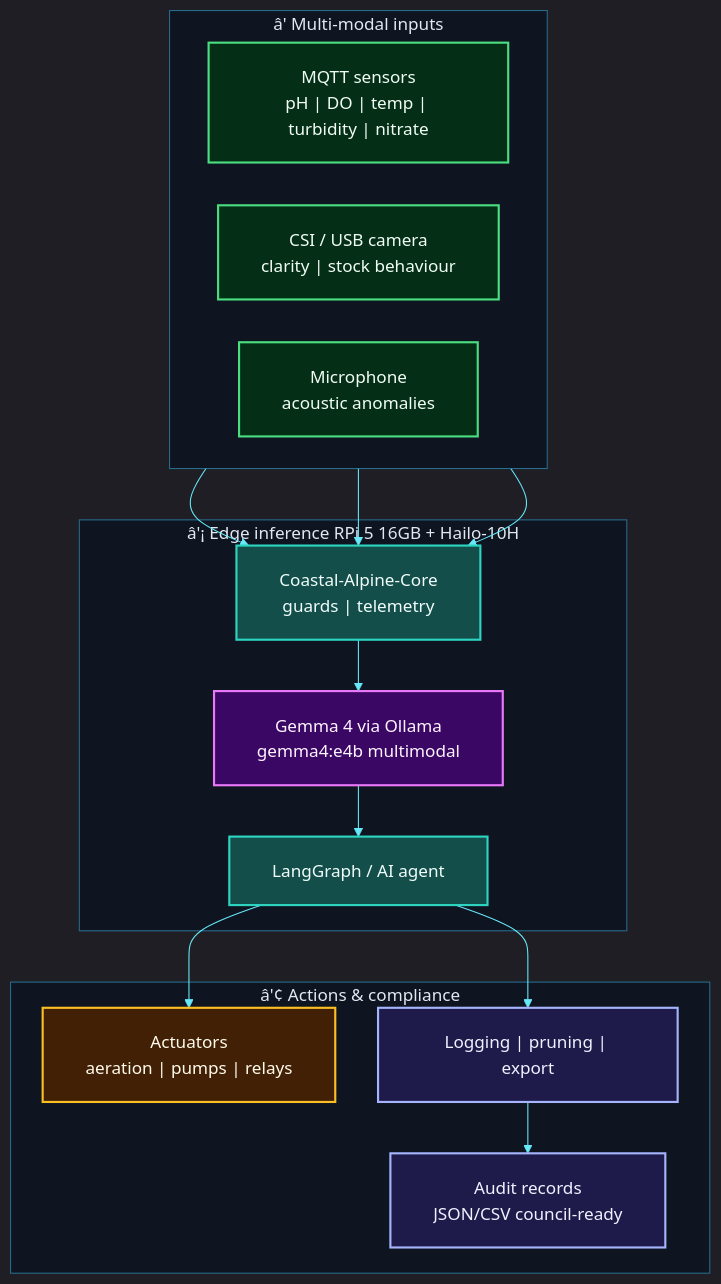
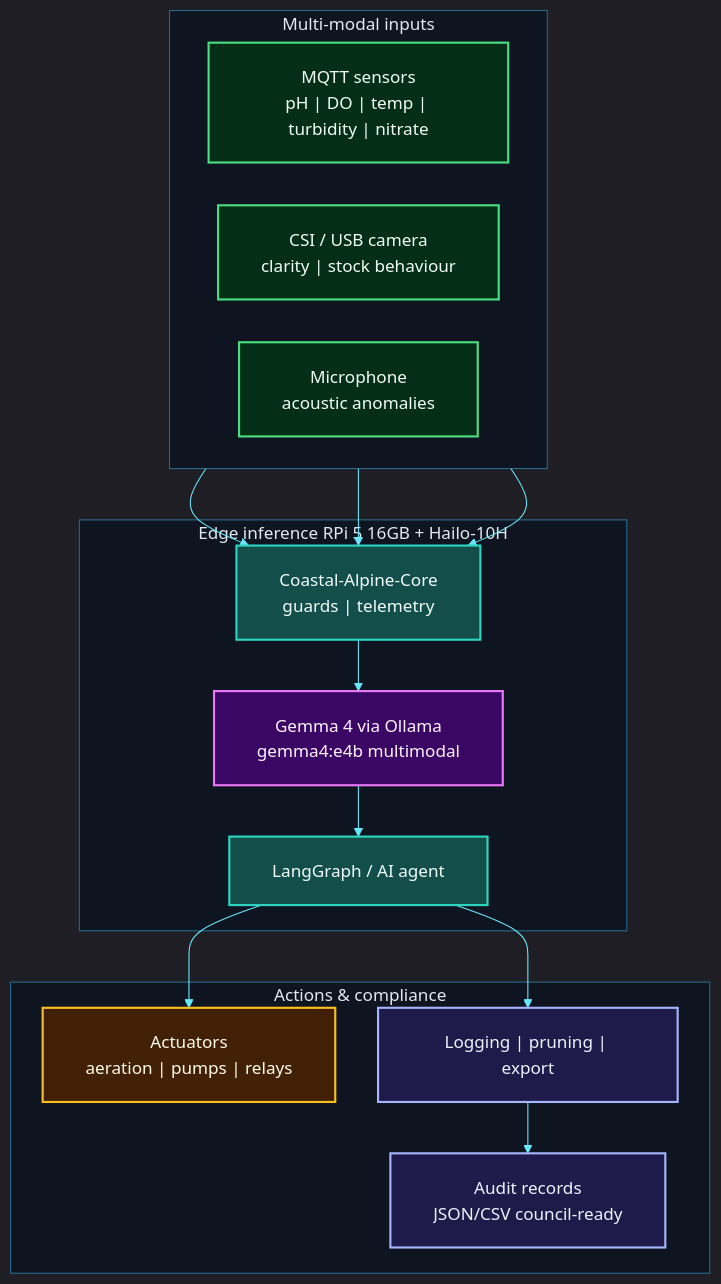
The diagram in README.md (fivepanelhat/AquaGuard-Portal), drawn with Mermaid before and after one commit. The commit also changed other lines of this file and 34 other files, not shown here.

````diff
--- a/README.md
+++ b/README.md
@@ -201,63 +199,63 @@
 ```mermaid
 %%{init: {
-  "theme": "dark",
-  "themeVariables": {
-    "fontSize": "16px",
-    "fontFamily": "Inter, ui-sans-serif, system-ui, sans-serif",
-    "primaryColor": "#0ea5e9",
-    "primaryTextColor": "#f8fafc",
-    "primaryBorderColor": "#38bdf8",
-    "lineColor": "#67e8f9",
-    "secondaryColor": "#1e293b",
-    "tertiaryColor": "#0f172a",
-    "clusterBkg": "#0b1220cc",
-    "clusterBorder": "#38bdf880",
-    "titleColor": "#e2e8f0"
-  },
-  "flowchart": {
-    "nodeSpacing": 40,
-    "rankSpacing": 48,
-    "padding": 20,
-    "htmlLabels": true,
-    "curve": "basis"
-  }
+ "theme": "dark",
+ "themeVariables": {
+ "fontSize": "16px",
+ "fontFamily": "Inter, ui-sans-serif, system-ui, sans-serif",
+ "primaryColor": "#0ea5e9",
+ "primaryTextColor": "#f8fafc",
+ "primaryBorderColor": "#38bdf8",
+ "lineColor": "#67e8f9",
+ "secondaryColor": "#1e293b",
+ "tertiaryColor": "#0f172a",
+ "clusterBkg": "#0b1220cc",
+ "clusterBorder": "#38bdf880",
+ "titleColor": "#e2e8f0"
+ },
+ "flowchart": {
+ "nodeSpacing": 40,
+ "rankSpacing": 48,
+ "padding": 20,
+ "htmlLabels": true,
+ "curve": "basis"
+ }
 }}%%
 flowchart TB
 
-    classDef sense fill:#052e16,stroke:#4ade80,stroke-width:2px,color:#f0fdf4
-    classDef edge fill:#0c4a6e,stroke:#38bdf8,stroke-width:2px,color:#f0f9ff
-    classDef core fill:#134e4a,stroke:#2dd4bf,stroke-width:2px,color:#f0fdfa
-    classDef act fill:#422006,stroke:#fbbf24,stroke-width:2px,color:#fffbeb
-    classDef store fill:#1e1b4b,stroke:#a5b4fc,stroke-width:2px,color:#eef2ff
-    classDef ai fill:#3b0764,stroke:#e879f9,stroke-width:2px,color:#fdf4ff
-    classDef app fill:#1e1b4b,stroke:#c4b5fd,stroke-width:2px,color:#eef2ff
+ classDef sense fill:#052e16,stroke:#4ade80,stroke-width:2px,color:#f0fdf4
+ classDef edge fill:#0c4a6e,stroke:#38bdf8,stroke-width:2px,color:#f0f9ff
+ classDef core fill:#134e4a,stroke:#2dd4bf,stroke-width:2px,color:#f0fdfa
+ classDef act fill:#422006,stroke:#fbbf24,stroke-width:2px,color:#fffbeb
+ classDef store fill:#1e1b4b,stroke:#a5b4fc,stroke-width:2px,color:#eef2ff
+ classDef ai fill:#3b0764,stroke:#e879f9,stroke-width:2px,color:#fdf4ff
+ classDef app fill:#1e1b4b,stroke:#c4b5fd,stroke-width:2px,color:#eef2ff
 
-    subgraph IN["â'  Multi-modal inputs"]
-        direction LR
-        S["MQTT sensors<br/>pH | DO | temp | turbidity | nitrate"]
-        C["CSI / USB camera<br/>clarity | stock behaviour"]
-        M["Microphone<br/>acoustic anomalies"]
-    end
+ subgraph IN[" Multi-modal inputs"]
+ direction LR
+ S["MQTT sensors<br/>pH | DO | temp | turbidity | nitrate"]
+ C["CSI / USB camera<br/>clarity | stock behaviour"]
+ M["Microphone<br/>acoustic anomalies"]
+ end
 
-    subgraph EDGE["â'¡ Edge inference  RPi 5 16GB + Hailo-10H"]
-        CORE["Coastal-Alpine-Core<br/>guards | telemetry"]
-        LLM["Gemma 4 via Ollama<br/>gemma4:e4b multimodal"]
-        AG["LangGraph / AI agent"]
-    end
+ subgraph EDGE[" Edge inference RPi 5 16GB + Hailo-10H"]
+ CORE["Coastal-Alpine-Core<br/>guards | telemetry"]
+ LLM["Gemma 4 via Ollama<br/>gemma4:e4b multimodal"]
+ AG["LangGraph / AI agent"]
+ end
 
-    subgraph OUT["â'¢ Actions & compliance"]
-        ACT["Actuators<br/>aeration | pumps | relays"]
-        LOG["Logging | pruning | export"]
-        AUD["Audit records<br/>JSON/CSV council-ready"]
-    end
+ subgraph OUT[" Actions & compliance"]
+ ACT["Actuators<br/>aeration | pumps | relays"]
+ LOG["Logging | pruning | export"]
+ AUD["Audit records<br/>JSON/CSV council-ready"]
+ end
 
-    S & C & M --> CORE --> LLM --> AG
-    AG --> ACT
-    AG --> LOG --> AUD
+ S & C & M --> CORE --> LLM --> AG
+ AG --> ACT
+ AG --> LOG --> AUD
 
-    class S,C,M sense
-    class CORE,AG core
-    class LLM ai
-    class ACT act
-    class LOG,AUD store
+ class S,C,M sense
+ class CORE,AG core
+ class LLM ai
+ class ACT act
+ class LOG,AUD store
 ```
````
